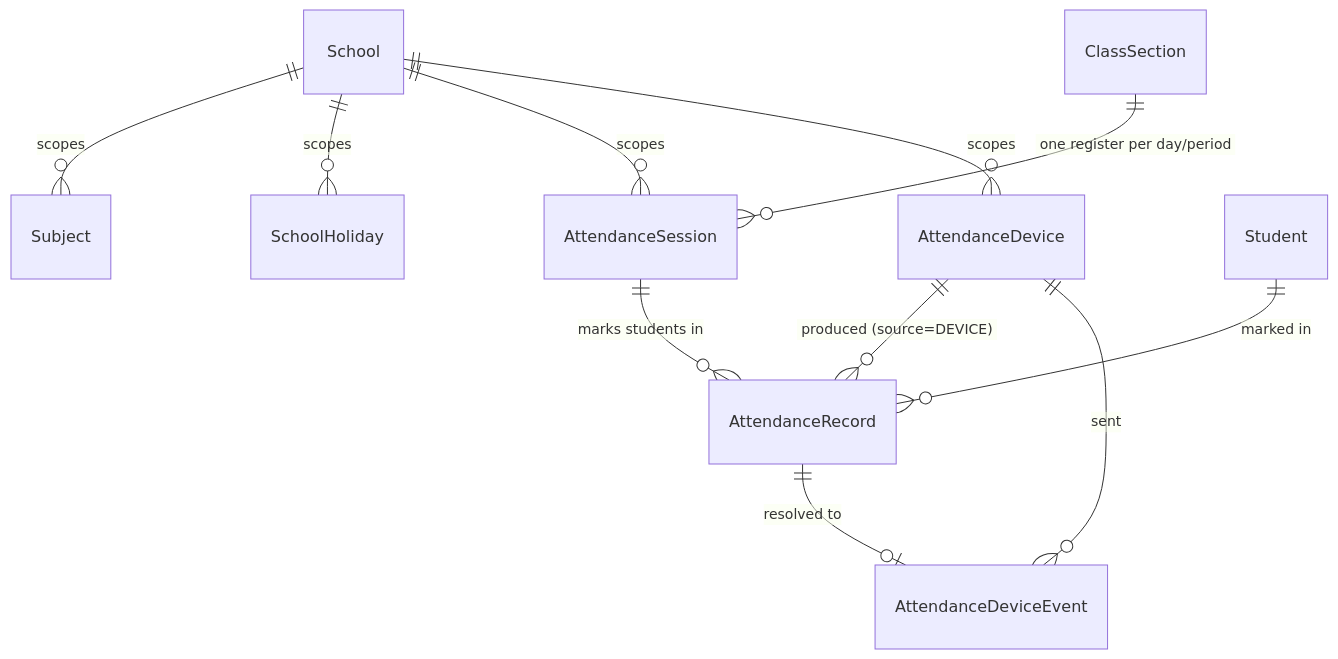
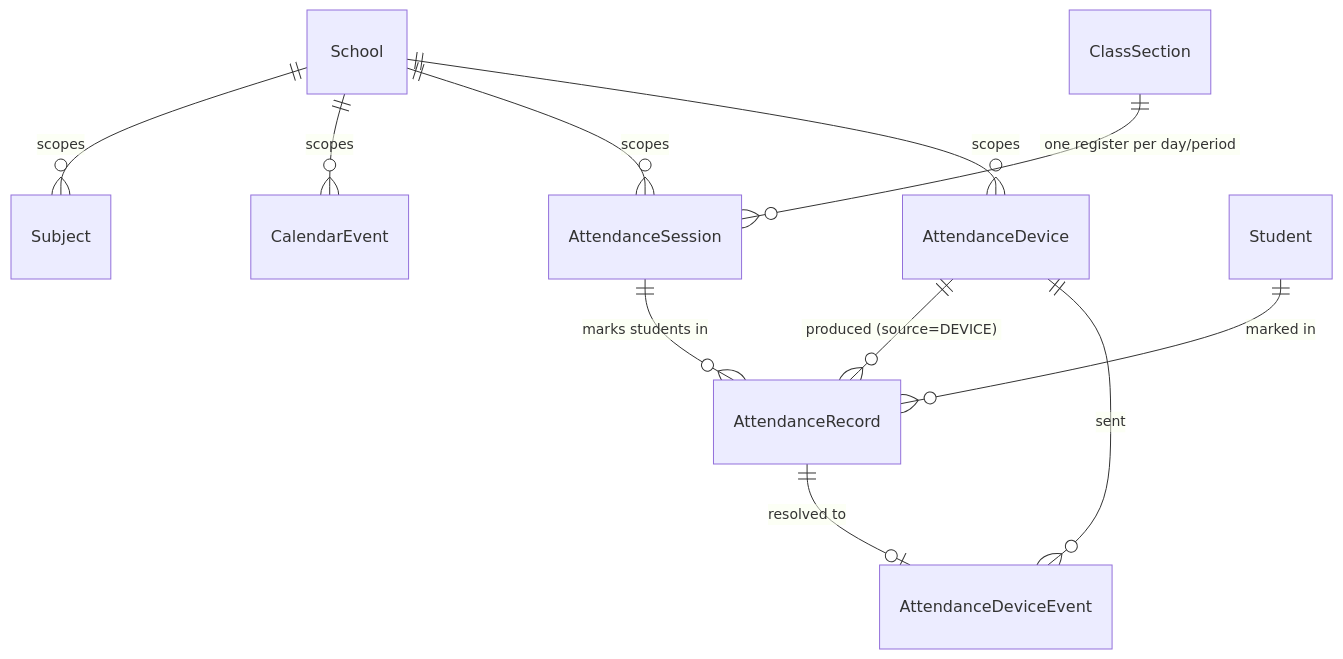
One commit to tareq89/biddaloy changed the first of 3 diagrams in docs/architecture/11-attendance.md. Above: the diagram before and after it, drawn with Mermaid. The commit also changed other lines of this file and 4 other files, not shown here.

First line of the commit message:
[17.5.5] docs: academic calendar architecture doc + ER/module updates

````diff
--- a/docs/architecture/11-attendance.md
+++ b/docs/architecture/11-attendance.md
@@ -17,13 +17,13 @@
 ```mermaid
 erDiagram
     School            ||--o{ Subject             : scopes
-    School            ||--o{ SchoolHoliday       : scopes
+    School            ||--o{ CalendarEvent       : scopes
     School            ||--o{ AttendanceSession   : scopes
     School            ||--o{ AttendanceDevice    : scopes
     ClassSection      ||--o{ AttendanceSession   : "one register per day/period"
     AttendanceSession ||--o{ AttendanceRecord    : "marks students in"
     Student           ||--o{ AttendanceRecord    : "marked in"
     AttendanceDevice  ||--o{ AttendanceRecord    : "produced (source=DEVICE)"
     AttendanceDevice  ||--o{ AttendanceDeviceEvent : "sent"
     AttendanceRecord  ||--o| AttendanceDeviceEvent : "resolved to"
 ```
````
